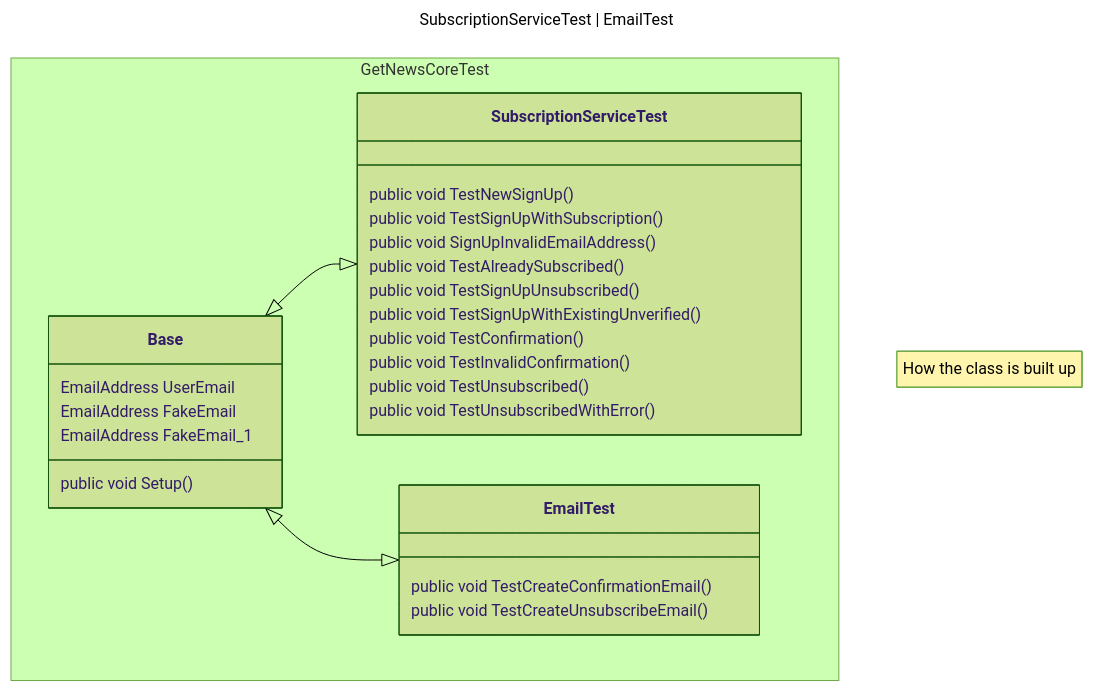
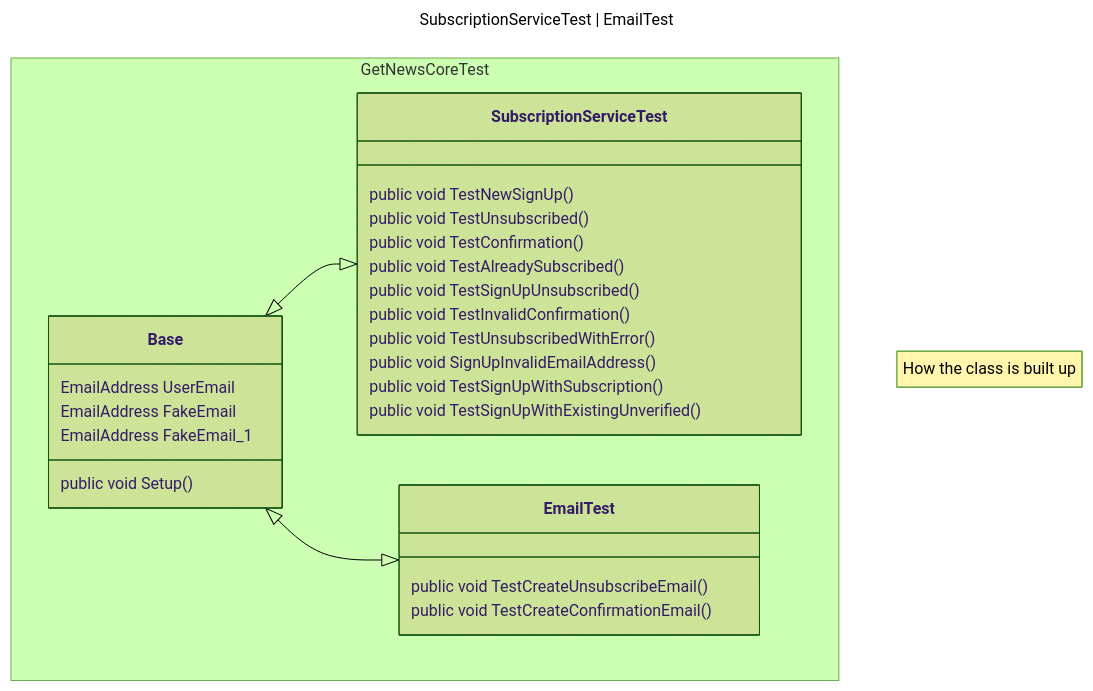
One commit to Emsaso/GetNews changed the first of 12 diagrams in model/TestModel.md. Above: the diagram before and after it, drawn with Mermaid (forest theme).

````diff
--- a/model/TestModel.md
+++ b/model/TestModel.md
@@ -5,50 +5,51 @@
 ```mermaid
 ---
 title: SubscriptionServiceTest | EmailTest
 ---
 classDiagram
     note "How the class is built up"
     Base <|--|> SubscriptionServiceTest
     Base <|--|>  EmailTest
     
     namespace GetNewsCoreTest{
 
         class Base {
             EmailAddress UserEmail
             EmailAddress FakeEmail
             EmailAddress FakeEmail_1
         
             public void Setup()
             }
         
         
         class SubscriptionServiceTest {
             %%EmailAddress UserEmail
             %%EmailAddress FakeEmail
             %%EmailAddress FakeEmail_1
         
             %%public void Setup()
             public void TestNewSignUp()
-            public void TestSignUpWithSubscription()
-            public void SignUpInvalidEmailAddress()
+            public void TestUnsubscribed()
+            public void TestConfirmation()
             public void TestAlreadySubscribed()
             public void TestSignUpUnsubscribed()
+            public void TestInvalidConfirmation()
+            public void TestUnsubscribedWithError()
+            public void SignUpInvalidEmailAddress()
+            public void TestSignUpWithSubscription()
             public void TestSignUpWithExistingUnverified()
-            public void TestConfirmation()
-            public void TestInvalidConfirmation()
-            public void TestUnsubscribed()
-            public void TestUnsubscribedWithError()
+            
         }
         class EmailTest{
             %%EmailAddress UserEmail
             %%EmailAddress FakeEmail
             %%EmailAddress FakeEmail_1
         
             %%public void Setup()
+            public void TestCreateUnsubscribeEmail()
             public void TestCreateConfirmationEmail()
-            public void TestCreateUnsubscribeEmail()
         }
     }
 
 
 ```
````
